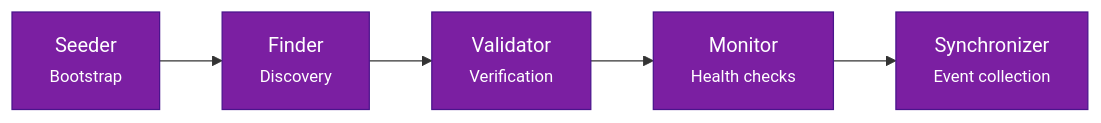
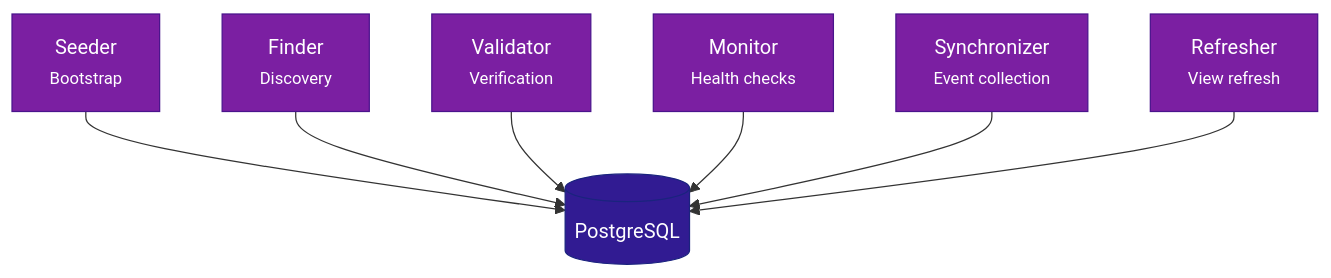
The diagram in docs/_snippets/pipeline.md (BigBrotr/bigbrotr), drawn with Mermaid before and after one commit. The commit also changed 36 other files, not shown here.

First line of the commit message:
docs: correct architecture terminology and fix documentation (#312)

````diff
--- a/docs/_snippets/pipeline.md
+++ b/docs/_snippets/pipeline.md
@@ -1,16 +1,26 @@
 ```mermaid
-flowchart LR
-    A["Seeder<br/><small>Bootstrap</small>"]
-    B["Finder<br/><small>Discovery</small>"]
-    C["Validator<br/><small>Verification</small>"]
-    D["Monitor<br/><small>Health checks</small>"]
-    E["Synchronizer<br/><small>Event collection</small>"]
+flowchart TD
+    DB[("PostgreSQL")]
 
-    A --> B --> C --> D --> E
+    SE["Seeder<br/><small>Bootstrap</small>"]
+    FI["Finder<br/><small>Discovery</small>"]
+    VA["Validator<br/><small>Verification</small>"]
+    MO["Monitor<br/><small>Health checks</small>"]
+    SY["Synchronizer<br/><small>Event collection</small>"]
+    RE["Refresher<br/><small>View refresh</small>"]
 
-    style A fill:#7B1FA2,color:#fff,stroke:#4A148C
-    style B fill:#7B1FA2,color:#fff,stroke:#4A148C
-    style C fill:#7B1FA2,color:#fff,stroke:#4A148C
-    style D fill:#7B1FA2,color:#fff,stroke:#4A148C
-    style E fill:#7B1FA2,color:#fff,stroke:#4A148C
+    SE --> DB
+    FI --> DB
+    VA --> DB
+    MO --> DB
+    SY --> DB
+    RE --> DB
+
+    style SE fill:#7B1FA2,color:#fff,stroke:#4A148C
+    style FI fill:#7B1FA2,color:#fff,stroke:#4A148C
+    style VA fill:#7B1FA2,color:#fff,stroke:#4A148C
+    style MO fill:#7B1FA2,color:#fff,stroke:#4A148C
+    style SY fill:#7B1FA2,color:#fff,stroke:#4A148C
+    style RE fill:#7B1FA2,color:#fff,stroke:#4A148C
+    style DB fill:#311B92,color:#fff,stroke:#1A237E
 ```
````
